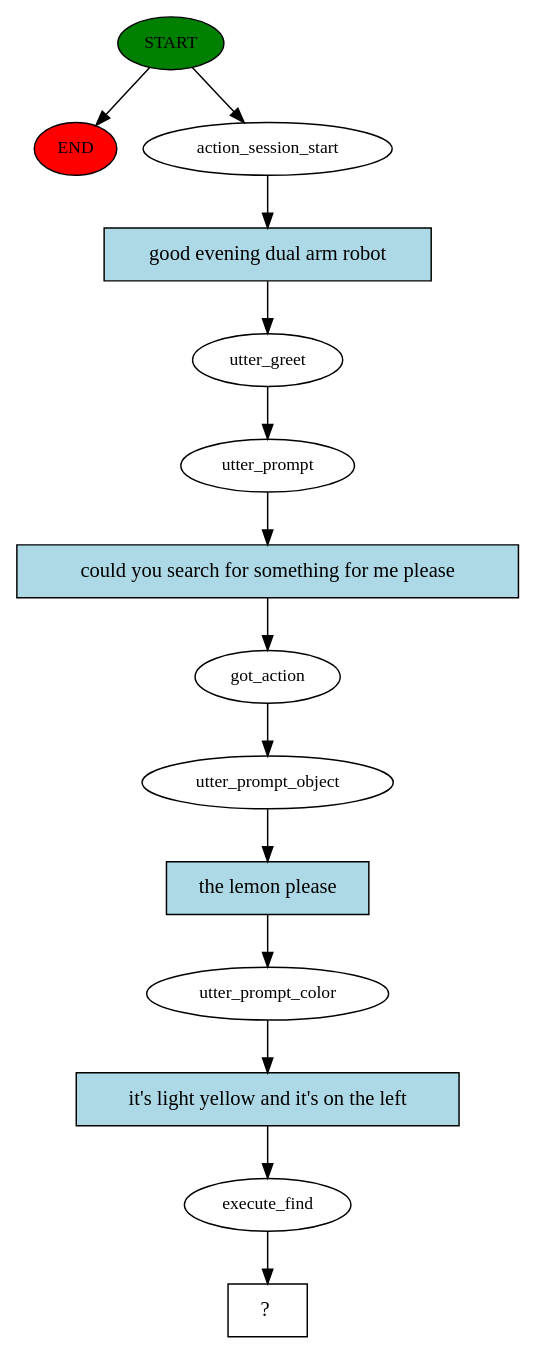
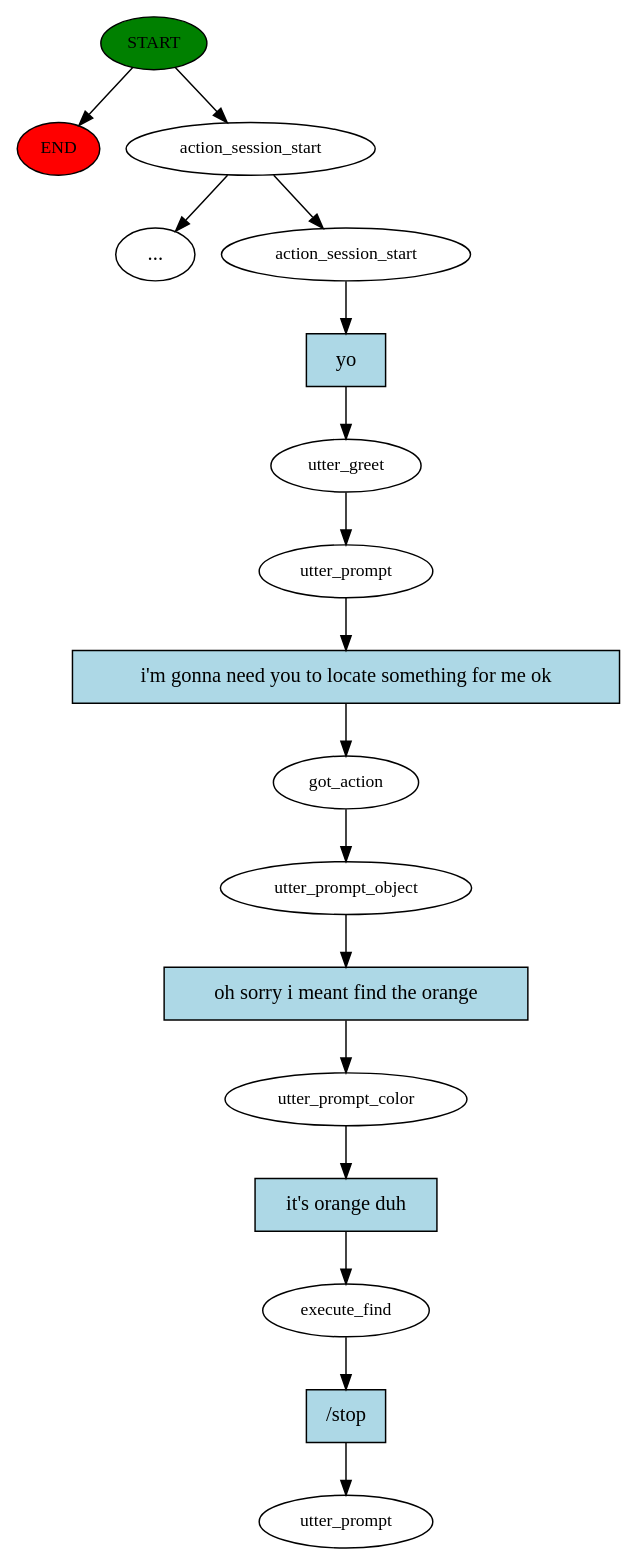
Before and after one commit to glhr/rasa_project: the diagram in story_graph.dot, drawn with Graphviz. The commit also changed 2 other files, not shown here.

```diff
--- a/story_graph.dot
+++ b/story_graph.dot
@@ -1,29 +1,35 @@
 digraph  {
 0 [class="start active", fillcolor=green, fontsize=12, label=START, style=filled];
 "-1" [class=end, fillcolor=red, fontsize=12, label=END, style=filled];
 1 [class=active, fontsize=12, label=action_session_start];
-2 [class=active, fontsize=12, label=utter_greet];
-3 [class=active, fontsize=12, label=utter_prompt];
-4 [class=active, fontsize=12, label=got_action];
-5 [class=active, fontsize=12, label=utter_prompt_object];
-6 [class=active, fontsize=12, label=utter_prompt_color];
-7 [class=active, fontsize=12, label=execute_find];
-8 [class="intent dashed active", label="  ?  ", shape=rect];
-9 [class="intent active", fillcolor=lightblue, label="good evening dual arm robot", shape=rect, style=filled];
-10 [class="intent active", fillcolor=lightblue, label="could you search for something for me please", shape=rect, style=filled];
-11 [class="intent active", fillcolor=lightblue, label="the lemon please", shape=rect, style=filled];
-12 [class="intent active", fillcolor=lightblue, label="it's light yellow and it's on the left", shape=rect, style=filled];
+"-4" [class=ellipsis, label="..."];
+4 [class=active, fontsize=12, label=action_session_start];
+5 [class=active, fontsize=12, label=utter_greet];
+6 [class=active, fontsize=12, label=utter_prompt];
+7 [class=active, fontsize=12, label=got_action];
+8 [class=active, fontsize=12, label=utter_prompt_object];
+9 [class=active, fontsize=12, label=utter_prompt_color];
+10 [class=active, fontsize=12, label=execute_find];
+11 [class="dashed active", fontsize=12, label=utter_prompt];
+12 [class="intent active", fillcolor=lightblue, label=yo, shape=rect, style=filled];
+13 [class="intent active", fillcolor=lightblue, label="i'm gonna need you to locate something for me ok", shape=rect, style=filled];
+14 [class="intent active", fillcolor=lightblue, label="oh sorry i meant find the orange", shape=rect, style=filled];
+15 [class="intent active", fillcolor=lightblue, label="it's orange duh", shape=rect, style=filled];
+16 [class="intent active", fillcolor=lightblue, label="/stop", shape=rect, style=filled];
 0 -> "-1"  [class="", key=NONE, label=""];
 0 -> 1  [class=active, key=NONE, label=""];
-1 -> 9  [class=active, key=0];
-2 -> 3  [class=active, key=NONE, label=""];
-3 -> 10  [class=active, key=0];
-4 -> 5  [class=active, key=NONE, label=""];
-5 -> 11  [class=active, key=0];
-6 -> 12  [class=active, key=0];
+1 -> "-4"  [class="", key=NONE, label=""];
+1 -> 4  [class=active, key=NONE, label=""];
+4 -> 12  [class=active, key=0];
+5 -> 6  [class=active, key=NONE, label=""];
+6 -> 13  [class=active, key=0];
 7 -> 8  [class=active, key=NONE, label=""];
-9 -> 2  [class=active, key=0];
-10 -> 4  [class=active, key=0];
-11 -> 6  [class=active, key=0];
-12 -> 7  [class=active, key=0];
+8 -> 14  [class=active, key=0];
+9 -> 15  [class=active, key=0];
+10 -> 16  [class=active, key=0];
+12 -> 5  [class=active, key=0];
+13 -> 7  [class=active, key=0];
+14 -> 9  [class=active, key=0];
+15 -> 10  [class=active, key=0];
+16 -> 11  [class=active, key=0];
 }
```
